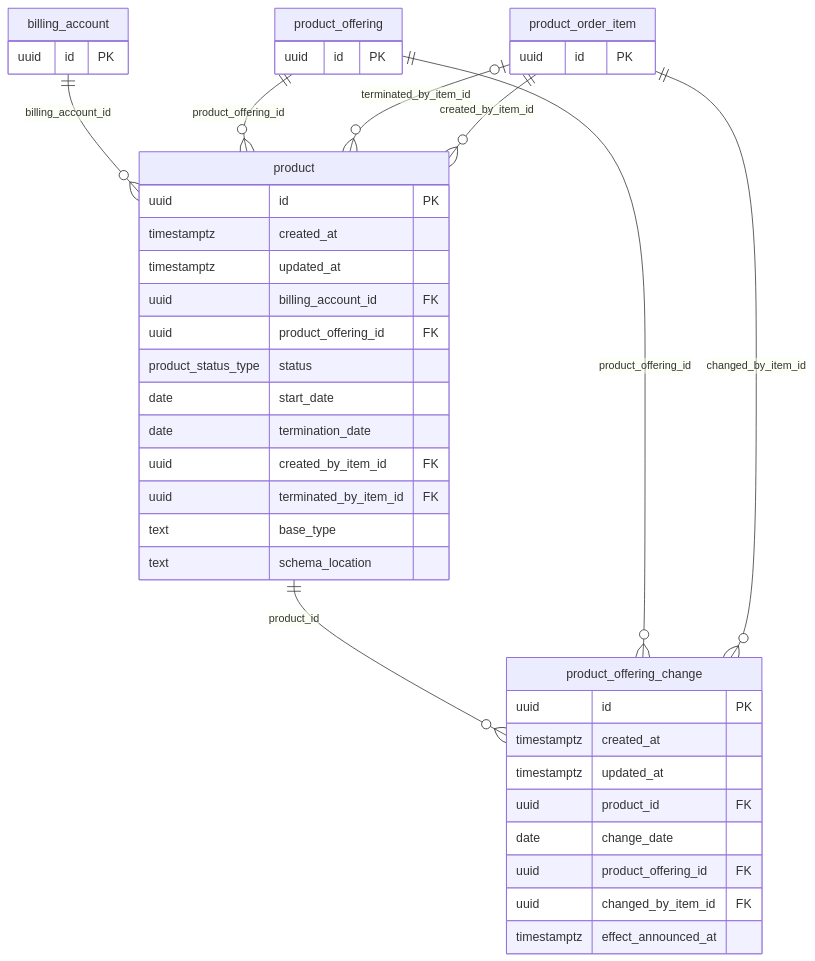
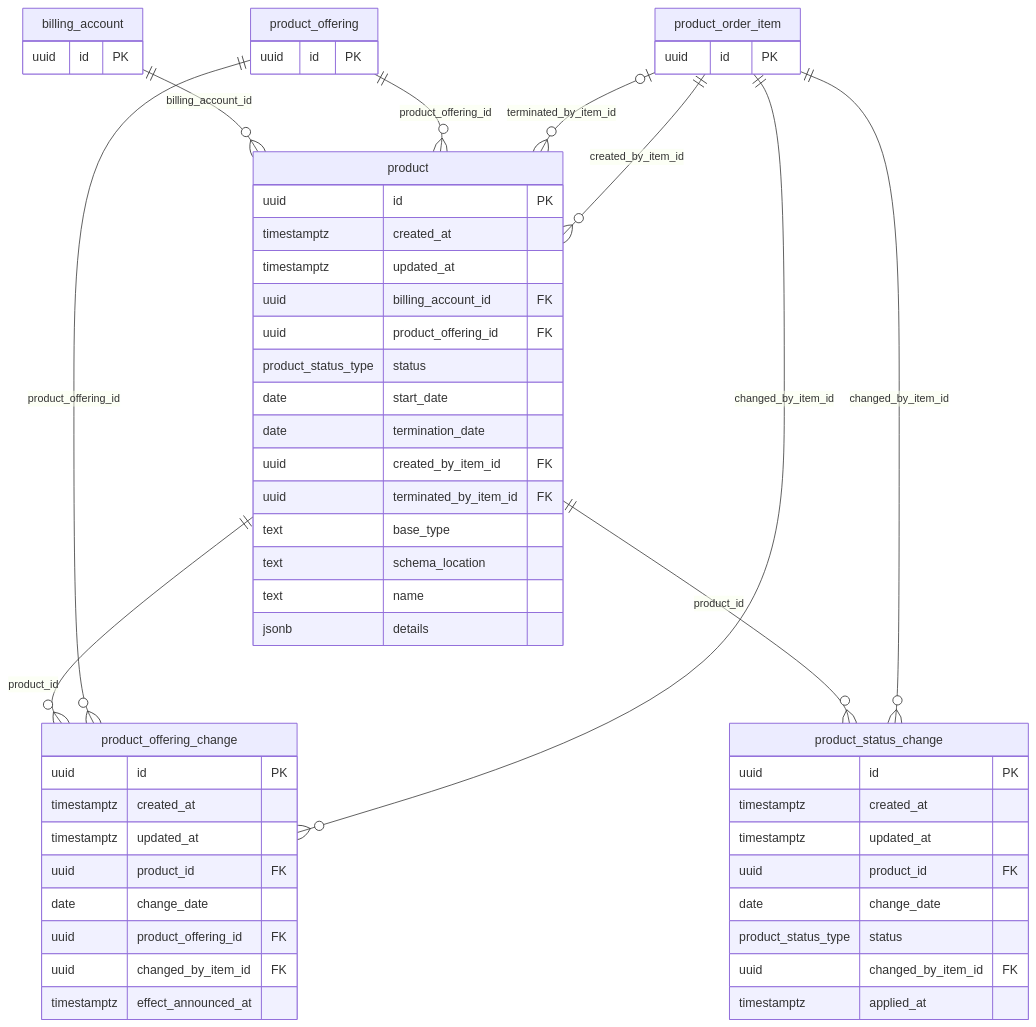
One commit to altharmz/bss changed the fifth of 8 diagrams in docs/db/README.md. Above: the diagram before and after it, drawn with Mermaid. The commit also changed other lines of this file and 57 other files, not shown here.

````diff
--- a/docs/db/README.md
+++ b/docs/db/README.md
@@ -460,43 +465,57 @@
 ```mermaid
 erDiagram
   product {
     uuid id PK
     timestamptz created_at
     timestamptz updated_at
     uuid billing_account_id FK
     uuid product_offering_id FK
     product_status_type status
     date start_date
     date termination_date
     uuid created_by_item_id FK
     uuid terminated_by_item_id FK
     text base_type
     text schema_location
+    text name
+    jsonb details
   }
   product_offering_change {
     uuid id PK
     timestamptz created_at
     timestamptz updated_at
     uuid product_id FK
     date change_date
     uuid product_offering_id FK
     uuid changed_by_item_id FK
     timestamptz effect_announced_at
+  }
+  product_status_change {
+    uuid id PK
+    timestamptz created_at
+    timestamptz updated_at
+    uuid product_id FK
+    date change_date
+    product_status_type status
+    uuid changed_by_item_id FK
+    timestamptz applied_at
   }
   billing_account {
     uuid id PK
   }
   product_order_item {
     uuid id PK
   }
   product_offering {
     uuid id PK
   }
   billing_account ||--o{ product : "billing_account_id"
   product ||--o{ product_offering_change : "product_id"
+  product ||--o{ product_status_change : "product_id"
   product_offering ||--o{ product : "product_offering_id"
   product_offering ||--o{ product_offering_change : "product_offering_id"
   product_order_item |o--o{ product : "terminated_by_item_id"
   product_order_item ||--o{ product : "created_by_item_id"
   product_order_item ||--o{ product_offering_change : "changed_by_item_id"
+  product_order_item ||--o{ product_status_change : "changed_by_item_id"
 ```
````
